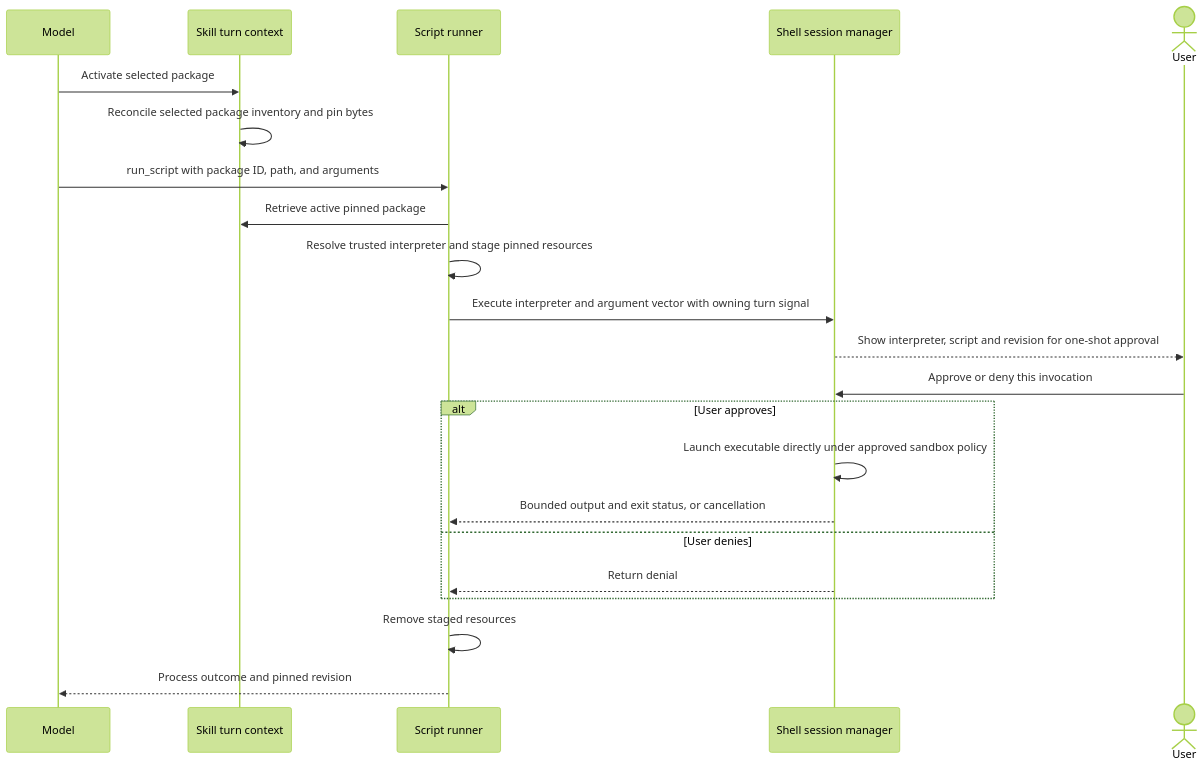
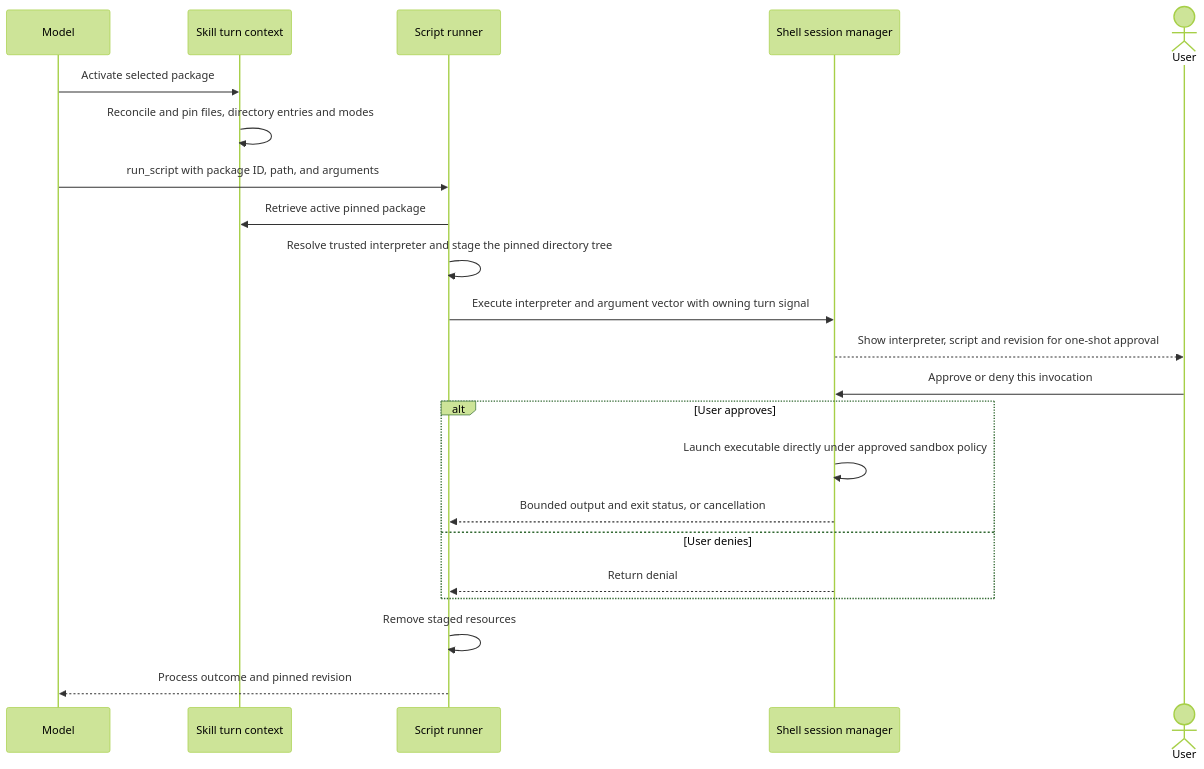
One commit to danceroutine/Glyph changed the ninth of 10 diagrams in docs/AGENT_INSTRUCTIONS.md. Above: the diagram before and after it, drawn with Mermaid (forest theme). The commit also changed other lines of this file, not shown here.

Commit message:
Document skill tree reviews, shared ownership and admission recovery

````diff
--- a/docs/AGENT_INSTRUCTIONS.md
+++ b/docs/AGENT_INSTRUCTIONS.md
@@ -400,24 +405,24 @@
 ```mermaid
 sequenceDiagram
     participant Model
     participant Turn as Skill turn context
     participant Runner as Script runner
     participant Shell as Shell session manager
     actor User
     Model->>Turn: Activate selected package
-    Turn->>Turn: Reconcile selected package inventory and pin bytes
+    Turn->>Turn: Reconcile and pin files, directory entries and modes
     Model->>Runner: run_script with package ID, path, and arguments
     Runner->>Turn: Retrieve active pinned package
-    Runner->>Runner: Resolve trusted interpreter and stage pinned resources
+    Runner->>Runner: Resolve trusted interpreter and stage the pinned directory tree
     Runner->>Shell: Execute interpreter and argument vector with owning turn signal
     Shell-->>User: Show interpreter, script and revision for one-shot approval
     User->>Shell: Approve or deny this invocation
     alt User approves
         Shell->>Shell: Launch executable directly under approved sandbox policy
         Shell-->>Runner: Bounded output and exit status, or cancellation
     else User denies
         Shell-->>Runner: Return denial
     end
     Runner->>Runner: Remove staged resources
     Runner-->>Model: Process outcome and pinned revision
 ```
````
